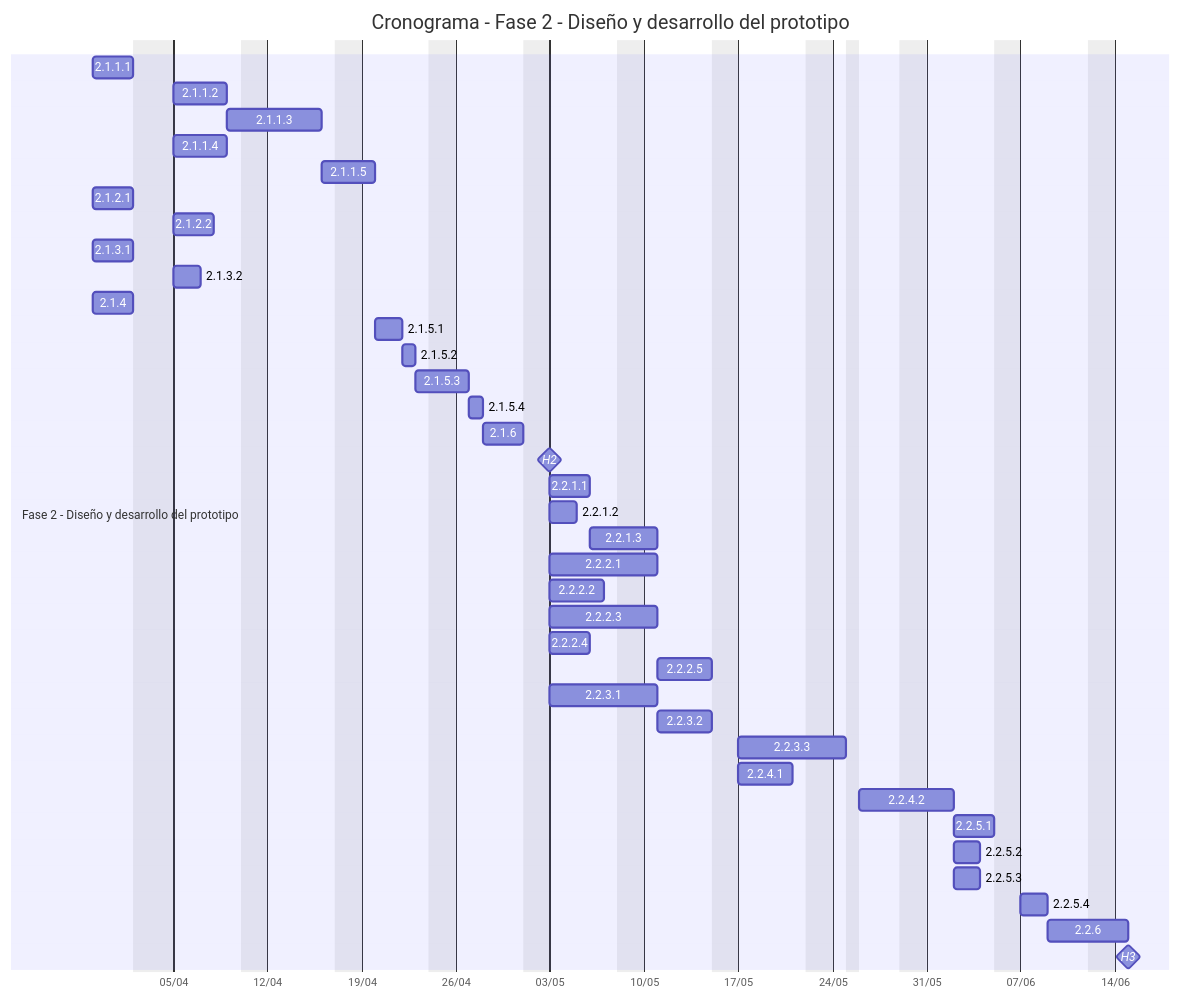
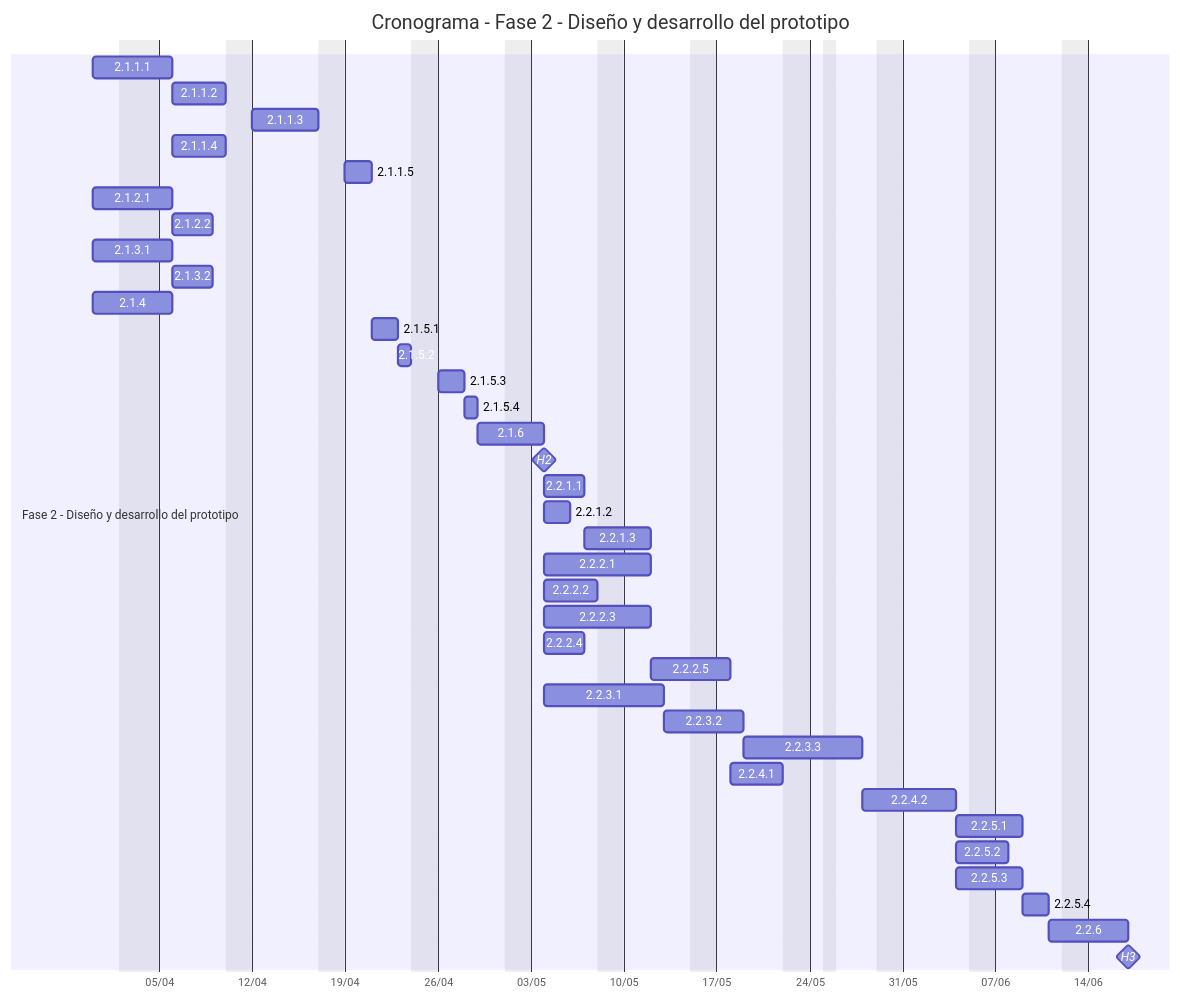
The second of 4 diagrams in docs/02-wbs-estimaciones/cronograma.md (joaquinmachado11/plan-proyecto-gp-uner), drawn with Mermaid before and after one commit. The commit also changed other lines of this file and 1 other file, not shown here.

````diff
--- a/docs/02-wbs-estimaciones/cronograma.md
+++ b/docs/02-wbs-estimaciones/cronograma.md
@@ -31,47 +31,47 @@
 ```mermaid
 gantt
     title Cronograma - Fase 2 - Diseño y desarrollo del prototipo
     dateFormat  YYYY-MM-DD
     axisFormat  %d/%m
     tickInterval 1week
     weekday     monday
     todayMarker off
     excludes    weekends, 2027-03-24, 2027-03-26, 2027-04-02, 2027-05-25, 2027-06-21, 2027-07-09, 2027-08-16
  
     section Fase 2 - Diseño y desarrollo del prototipo
-    2.1.1.1   :t2111, 2027-03-30, 3d
+    2.1.1.1   :t2111, 2027-03-31, 3d
     2.1.1.2   :t2112, after t2111, 4d
     2.1.1.3   :t2113, after t2112, 5d
     2.1.1.4   :t2114, after t2111, 4d
     2.1.1.5   :t2115, after t2113 t2114, 2d
-    2.1.2.1   :t2121, 2027-03-30, 3d
+    2.1.2.1   :t2121, 2027-03-31, 3d
     2.1.2.2   :t2122, after t2121, 3d
-    2.1.3.1   :t2131, 2027-03-30, 3d
-    2.1.3.2   :t2132, after t2131, 2d
-    2.1.4     :t214, 2027-03-30, 3d
+    2.1.3.1   :t2131, 2027-03-31, 3d
+    2.1.3.2   :t2132, after t2131, 3d
+    2.1.4     :t214, 2027-03-31, 3d
     2.1.5.1   :t2151, after t2115, 2d
     2.1.5.2   :t2152, after t2151, 1d
     2.1.5.3   :t2153, after t2152, 2d
     2.1.5.4   :t2154, after t2153, 1d
     2.1.6     :t216, after t2115 t2122 t2132 t214 t2154, 3d
     H2        :milestone, m2, after t216, 0d
     2.2.1.1   :t2211, after m2, 3d
     2.2.1.2   :t2212, after m2, 2d
     2.2.1.3   :t2213, after t2211 t2212, 3d
     2.2.2.1   :t2221, after m2, 6d
     2.2.2.2   :t2222, after m2, 4d
     2.2.2.3   :t2223, after m2, 6d
     2.2.2.4   :t2224, after m2, 3d
     2.2.2.5   :t2225, after t2221 t2222 t2223 t2224, 4d
-    2.2.3.1   :t2231, after m2, 6d
+    2.2.3.1   :t2231, after m2, 7d
     2.2.3.2   :t2232, after m2 t2231, 4d
     2.2.3.3   :t2233, after t2231 t2232, 6d
     2.2.4.1   :t2241, after t2213 t2225, 4d
     2.2.4.2   :t2242, after t2241 t2233, 5d
     2.2.5.1   :t2251, after t2242, 3d
     2.2.5.2   :t2252, after t2242, 2d
-    2.2.5.3   :t2253, after t2242, 2d
+    2.2.5.3   :t2253, after t2242, 3d
     2.2.5.4   :t2254, after t2251 t2252 t2253, 2d
     2.2.6     :t226, after t2254, 4d
     H3        :milestone, m3, after t226, 0d
 ```
````
